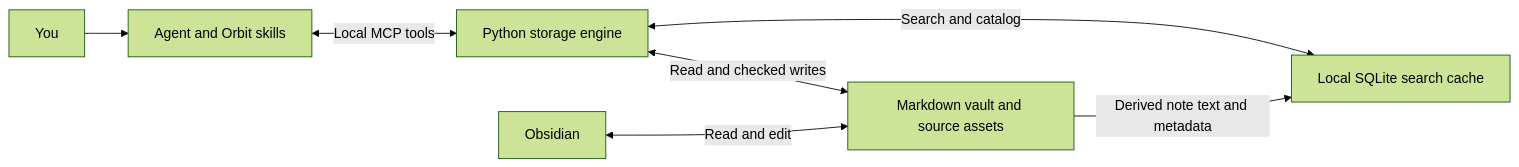
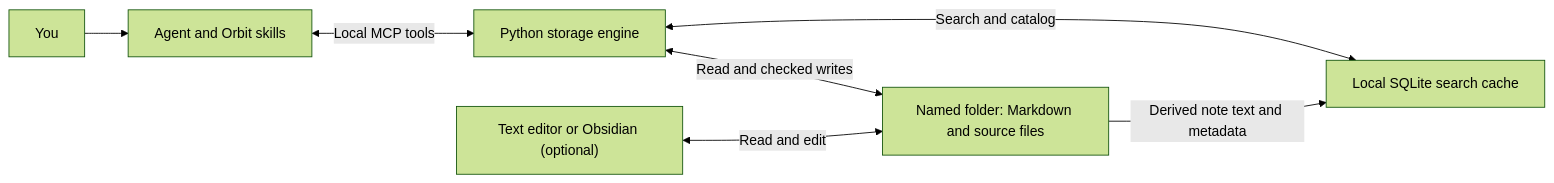
The first of 3 diagrams in README.md (aataraxiaa/orbit), drawn with Mermaid (forest theme) before and after one commit. The commit also changed other lines of this file and 34 other files, not shown here.

Commit message:
Release Orbit 0.5.0 with named folders and note formatting

````diff
--- a/README.md
+++ b/README.md
@@ -18,9 +21,9 @@
 ```mermaid
 flowchart LR
     You["You"] --> Agent["Agent and Orbit skills"]
     Agent <-->|"Local MCP tools"| Engine["Python storage engine"]
-    Engine <-->|"Read and checked writes"| Vault["Markdown vault and source assets"]
-    Obsidian["Obsidian"] <-->|"Read and edit"| Vault
-    Vault -->|"Derived note text and metadata"| Index["Local SQLite search cache"]
+    Engine <-->|"Read and checked writes"| OrbitFolder["Named folder: Markdown and source files"]
+    Editor["Text editor or Obsidian (optional)"] <-->|"Read and edit"| OrbitFolder
+    OrbitFolder -->|"Derived note text and metadata"| Index["Local SQLite search cache"]
     Engine <-->|"Search and catalog"| Index
 ```
````
